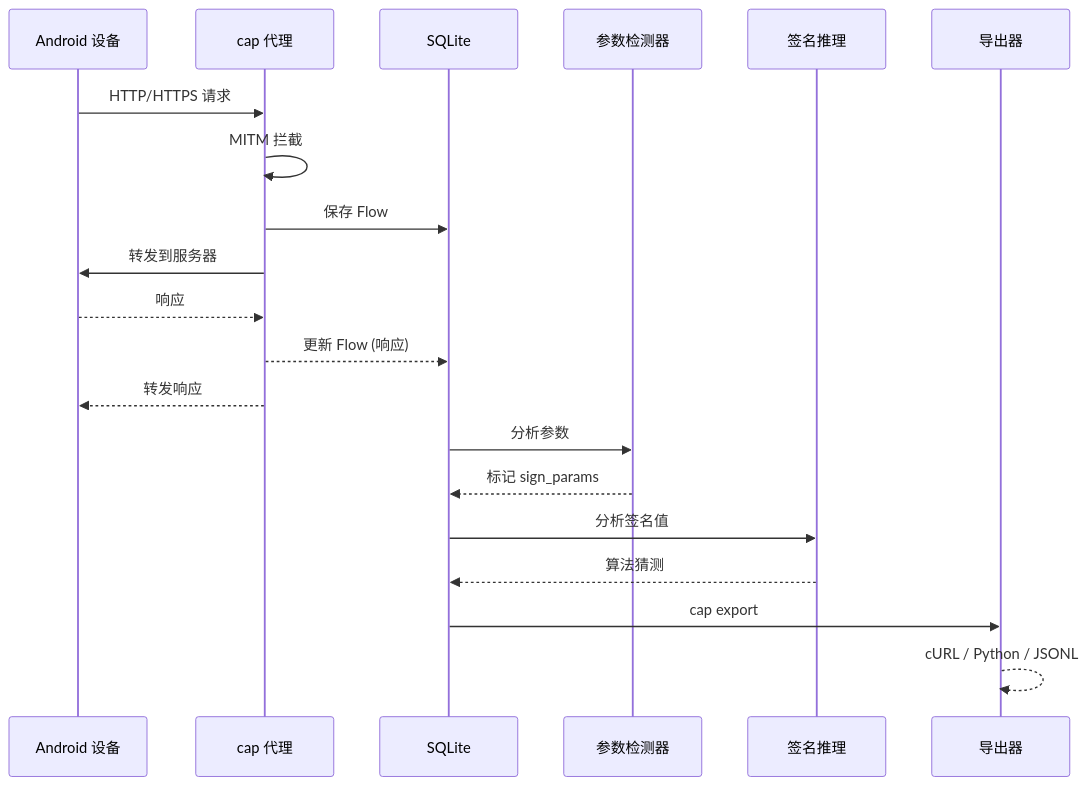
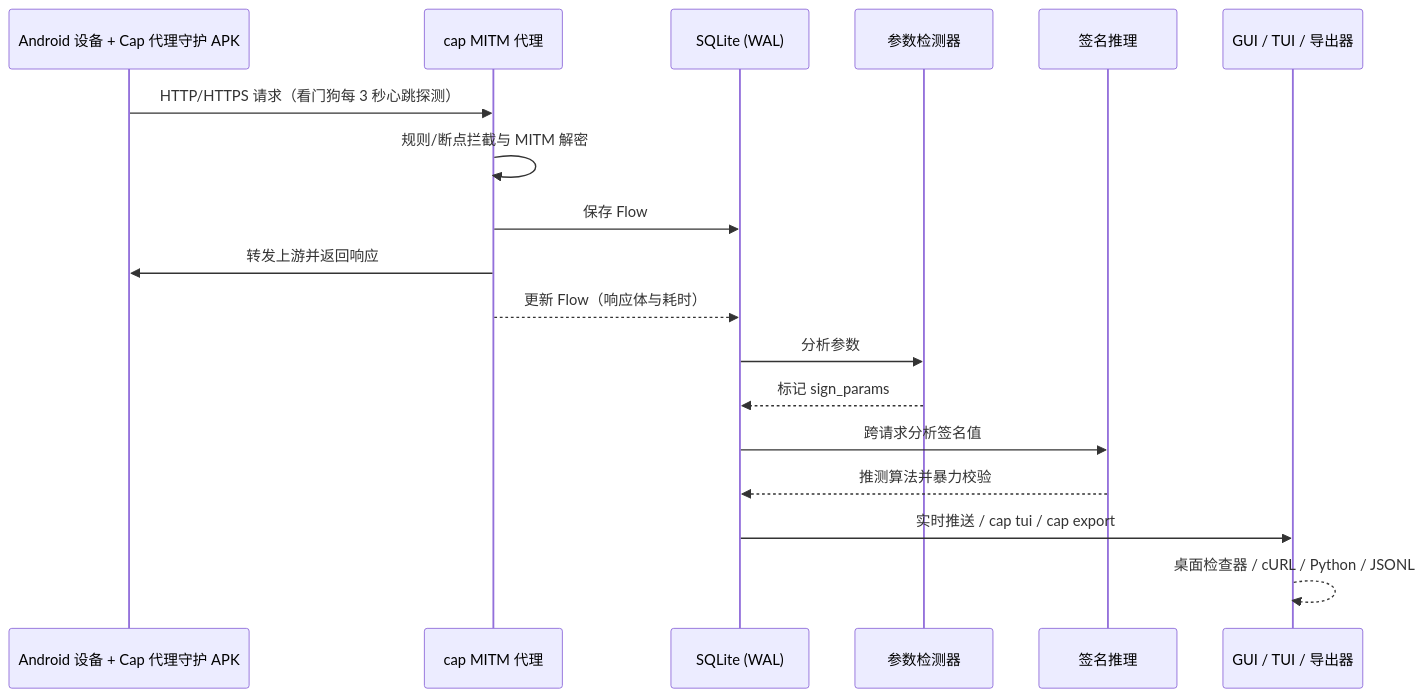
Before and after one commit to overkazaf/cap: the second of 2 diagrams in README_CN.md, drawn with Mermaid. The commit also changed other lines of this file and 117 other files, not shown here.

First line of the commit message:
feat: commercial-grade GUI/TUI redesign, EN/ZH i18n, Android Companion Guard APK, and updated docs

````diff
--- a/README_CN.md
+++ b/README_CN.md
@@ -115,26 +138,24 @@
 ```mermaid
 sequenceDiagram
-    participant 手机 as Android 设备
-    participant 代理 as cap 代理
-    participant 存储 as SQLite
+    participant 手机 as Android 设备 + Cap 代理守护 APK
+    participant 代理 as cap MITM 代理
+    participant 存储 as SQLite (WAL)
     participant 检测 as 参数检测器
     participant 推理 as 签名推理
-    participant 导出 as 导出器
+    participant 视图 as GUI / TUI / 导出器
 
-    手机->>代理: HTTP/HTTPS 请求
-    代理->>代理: MITM 拦截
+    手机->>代理: HTTP/HTTPS 请求（看门狗每 3 秒心跳探测）
+    代理->>代理: 规则/断点拦截与 MITM 解密
     代理->>存储: 保存 Flow
-    代理->>手机: 转发到服务器
-    手机-->>代理: 响应
-    代理-->>存储: 更新 Flow (响应)
-    代理-->>手机: 转发响应
+    代理->>手机: 转发上游并返回响应
+    代理-->>存储: 更新 Flow（响应体与耗时）
 
     存储->>检测: 分析参数
     检测-->>存储: 标记 sign_params
 
-    存储->>推理: 分析签名值
-    推理-->>存储: 算法猜测
+    存储->>推理: 跨请求分析签名值
+    推理-->>存储: 推测算法并暴力校验
 
-    存储->>导出: cap export
-    导出-->>导出: cURL / Python / JSONL
+    存储->>视图: 实时推送 / cap tui / cap export
+    视图-->>视图: 桌面检查器 / cURL / Python / JSONL
 ```
````
